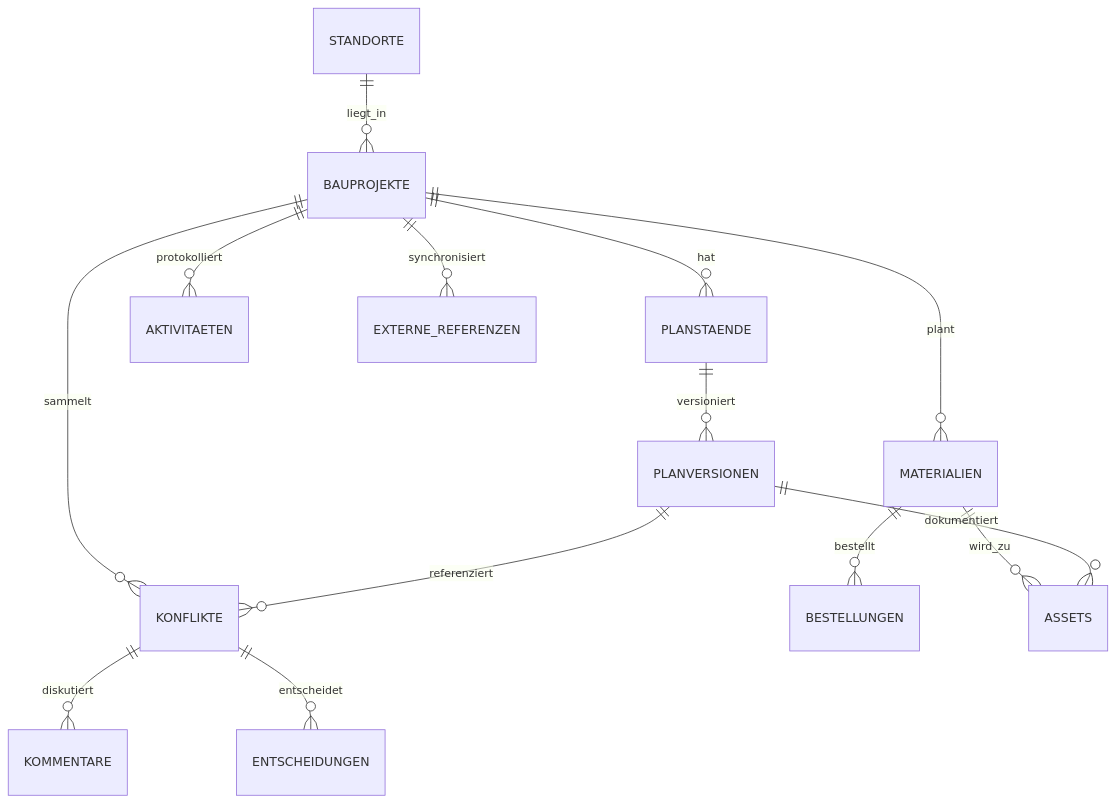
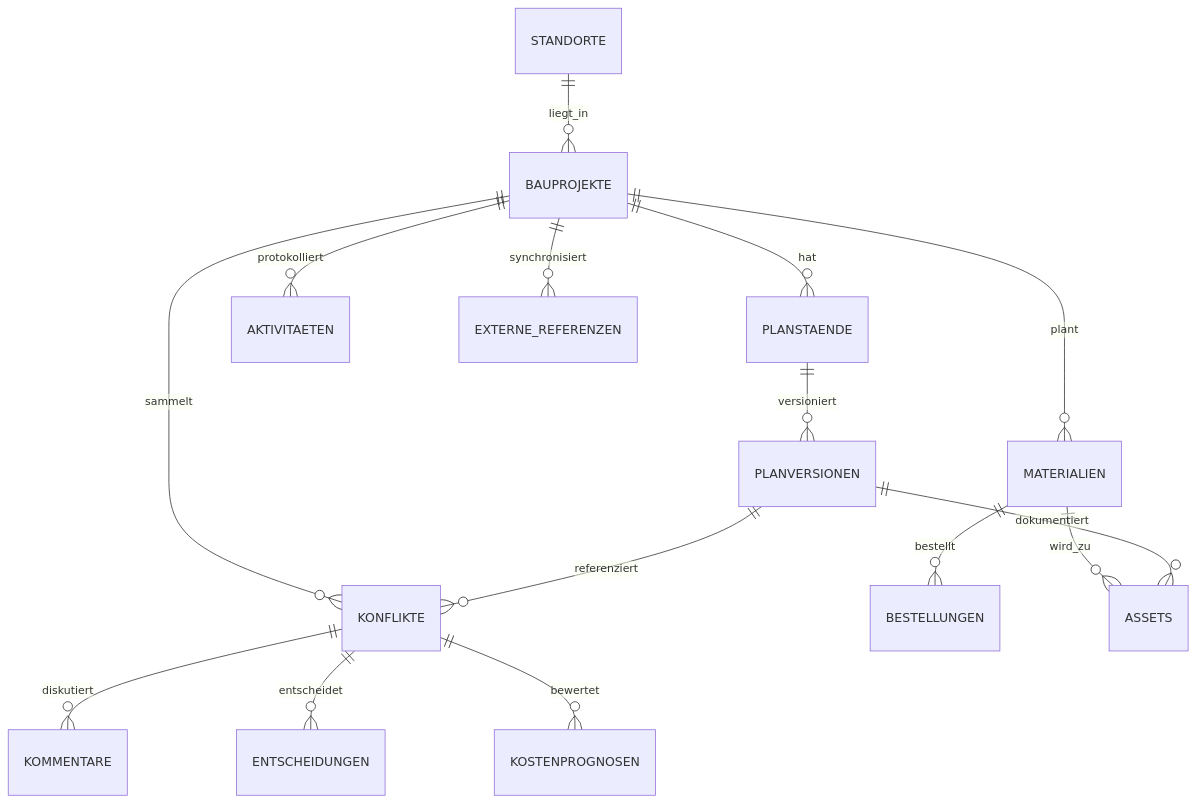
The diagram in docs/data-model.md (Beierthon/wbk2026), drawn with Mermaid before and after one commit. The commit also changed other lines of this file and 6 other files, not shown here.

````diff
--- a/docs/data-model.md
+++ b/docs/data-model.md
@@ -33,16 +34,17 @@
 ```mermaid
 erDiagram
   STANDORTE ||--o{ BAUPROJEKTE : liegt_in
   BAUPROJEKTE ||--o{ PLANSTAENDE : hat
   PLANSTAENDE ||--o{ PLANVERSIONEN : versioniert
   BAUPROJEKTE ||--o{ KONFLIKTE : sammelt
   PLANVERSIONEN ||--o{ KONFLIKTE : referenziert
   KONFLIKTE ||--o{ KOMMENTARE : diskutiert
   KONFLIKTE ||--o{ ENTSCHEIDUNGEN : entscheidet
   BAUPROJEKTE ||--o{ MATERIALIEN : plant
   MATERIALIEN ||--o{ BESTELLUNGEN : bestellt
   MATERIALIEN ||--o{ ASSETS : wird_zu
   PLANVERSIONEN ||--o{ ASSETS : dokumentiert
   BAUPROJEKTE ||--o{ AKTIVITAETEN : protokolliert
   BAUPROJEKTE ||--o{ EXTERNE_REFERENZEN : synchronisiert
+  KONFLIKTE ||--o{ KOSTENPROGNOSEN : bewertet
 ```
````
